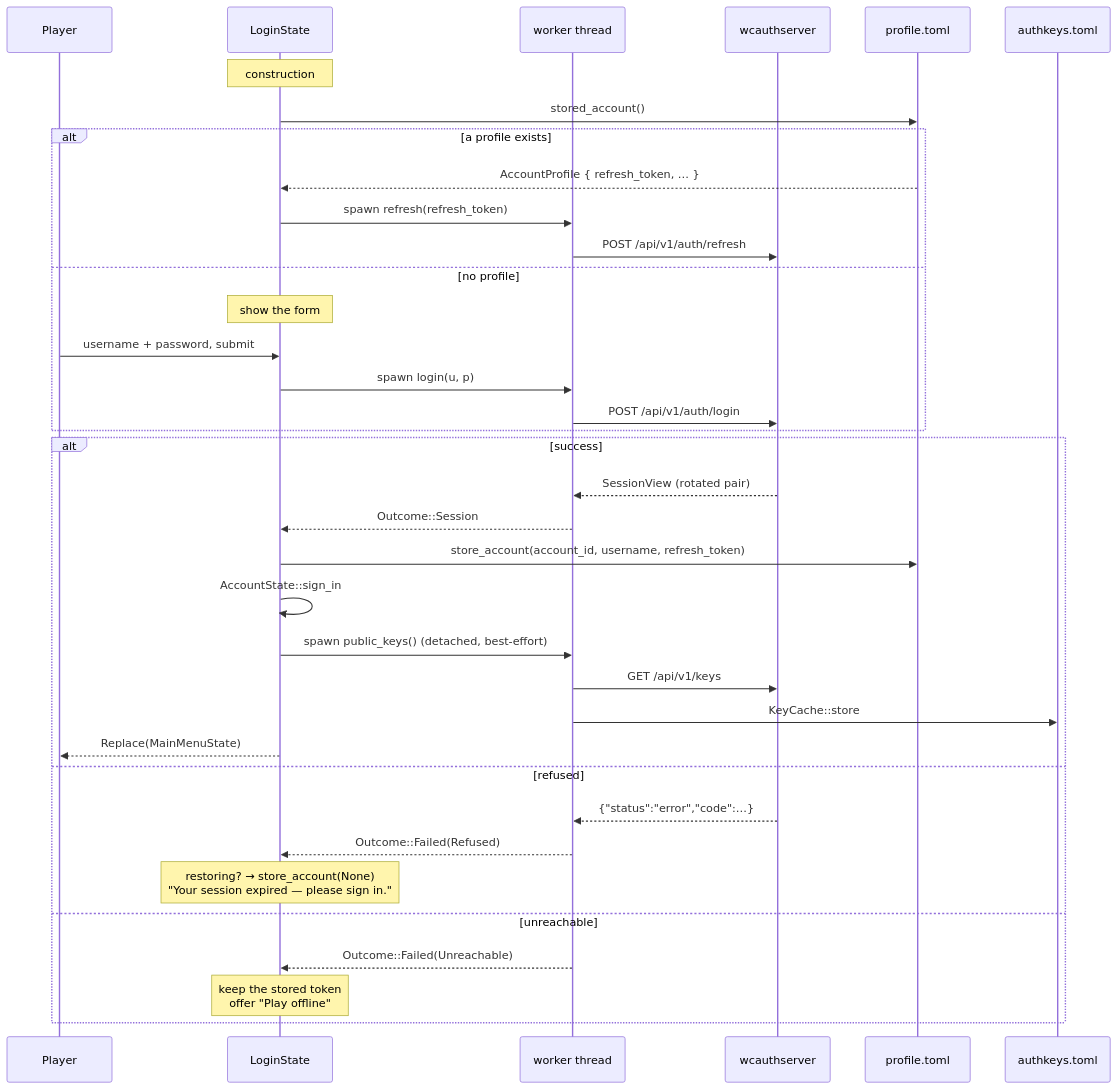
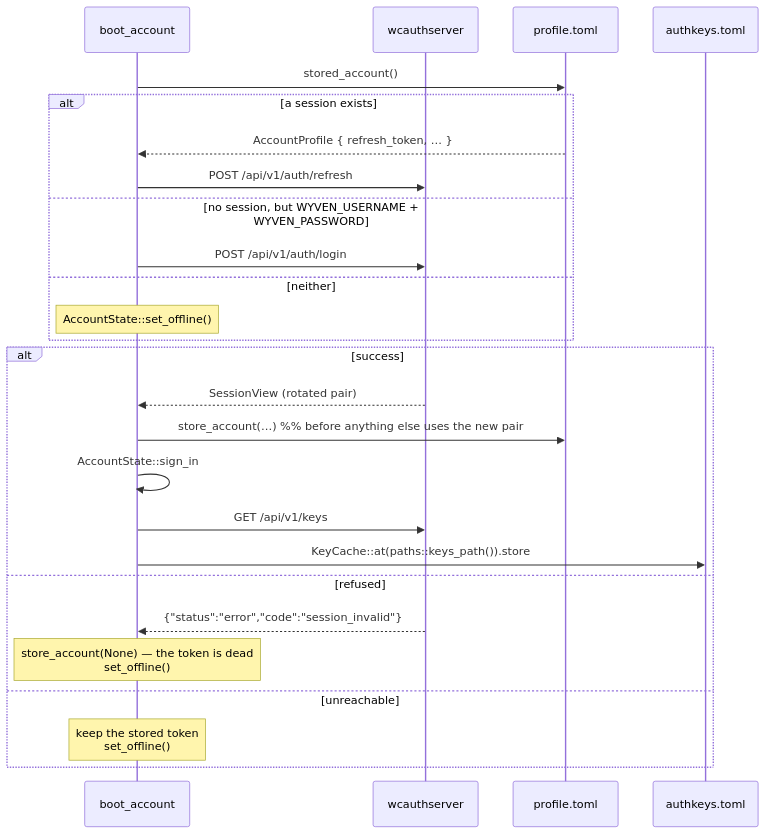
Before and after one commit to gustaavik/wyvencraft: the first of 2 diagrams in docs/identity-and-auth.md, drawn with Mermaid. The commit also changed other lines of this file and 18 other files, not shown here.

First line of the commit message:
Refactor authentication flow: remove login screen and integrate account handling

````diff
--- a/docs/identity-and-auth.md
+++ b/docs/identity-and-auth.md
@@ -74,40 +78,30 @@
 ```mermaid
 sequenceDiagram
-    participant U as Player
-    participant L as LoginState
-    participant W as worker thread
+    participant B as boot_account
     participant S as wcauthserver
     participant P as profile.toml
     participant K as authkeys.toml
 
-    Note over L: construction
-    L->>P: stored_account()
-    alt a profile exists
-        P-->>L: AccountProfile { refresh_token, … }
-        L->>W: spawn refresh(refresh_token)
-        W->>S: POST /api/v1/auth/refresh
-    else no profile
-        Note over L: show the form
-        U->>L: username + password, submit
-        L->>W: spawn login(u, p)
-        W->>S: POST /api/v1/auth/login
+    B->>P: stored_account()
+    alt a session exists
+        P-->>B: AccountProfile { refresh_token, … }
+        B->>S: POST /api/v1/auth/refresh
+    else no session, but WYVEN_USERNAME + WYVEN_PASSWORD
+        B->>S: POST /api/v1/auth/login
+    else neither
+        Note over B: AccountState::set_offline()
     end
 
     alt success
-        S-->>W: SessionView (rotated pair)
-        W-->>L: Outcome::Session
-        L->>P: store_account(account_id, username, refresh_token)
-        L->>L: AccountState::sign_in
-        L->>W: spawn public_keys()  (detached, best-effort)
-        W->>S: GET /api/v1/keys
-        W->>K: KeyCache::store
-        L-->>U: Replace(MainMenuState)
+        S-->>B: SessionView (rotated pair)
+        B->>P: store_account(…)  %% before anything else uses the new pair
+        B->>B: AccountState::sign_in
+        B->>S: GET /api/v1/keys
+        B->>K: KeyCache::at(paths::keys_path()).store
     else refused
-        S-->>W: {"status":"error","code":…}
-        W-->>L: Outcome::Failed(Refused)
-        Note over L: restoring? → store_account(None)<br/>"Your session expired — please sign in."
+        S-->>B: {"status":"error","code":"session_invalid"}
+        Note over B: store_account(None) — the token is dead<br/>set_offline()
     else unreachable
-        W-->>L: Outcome::Failed(Unreachable)
-        Note over L: keep the stored token<br/>offer "Play offline"
+        Note over B: keep the stored token<br/>set_offline()
     end
 ```
````
